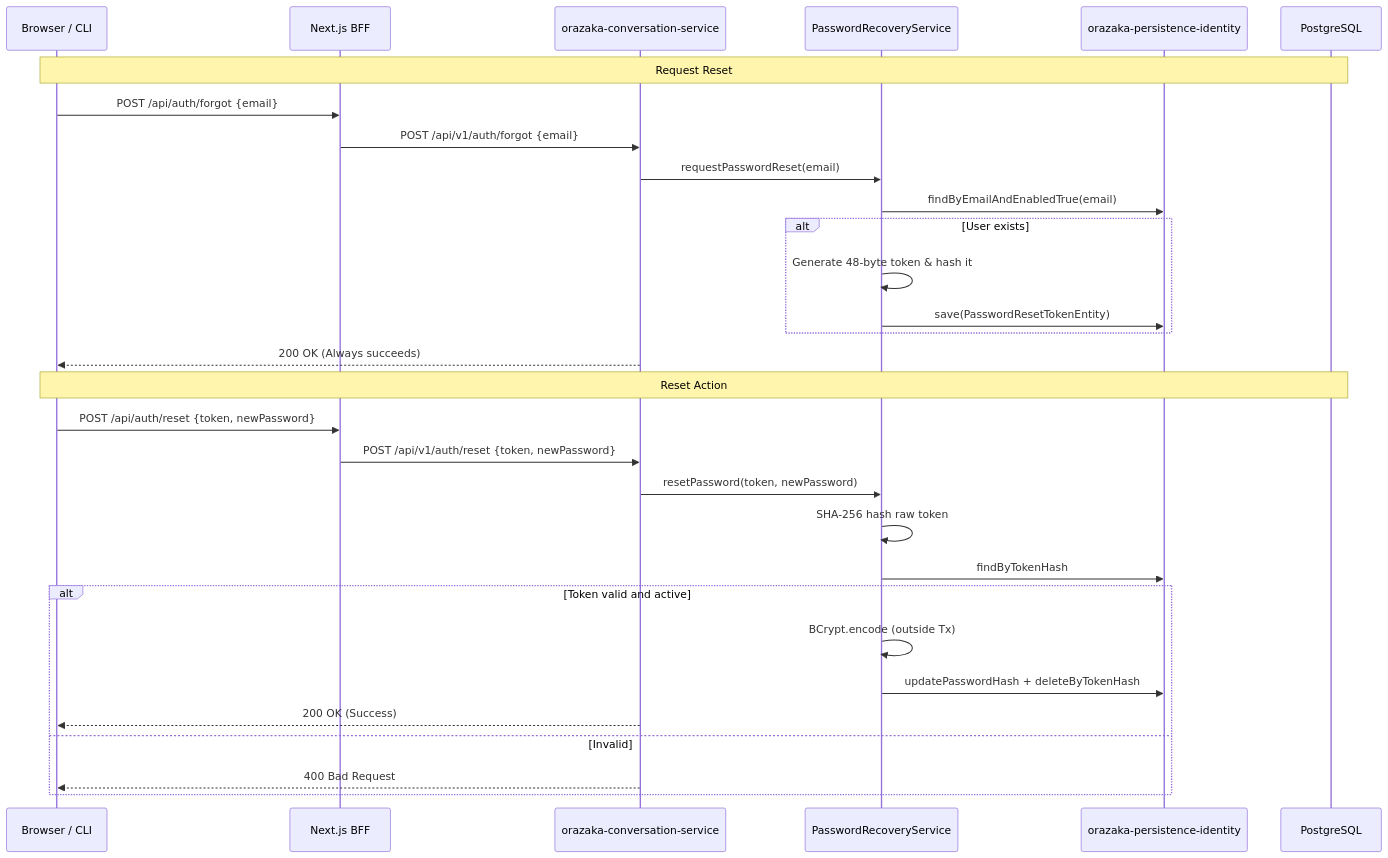
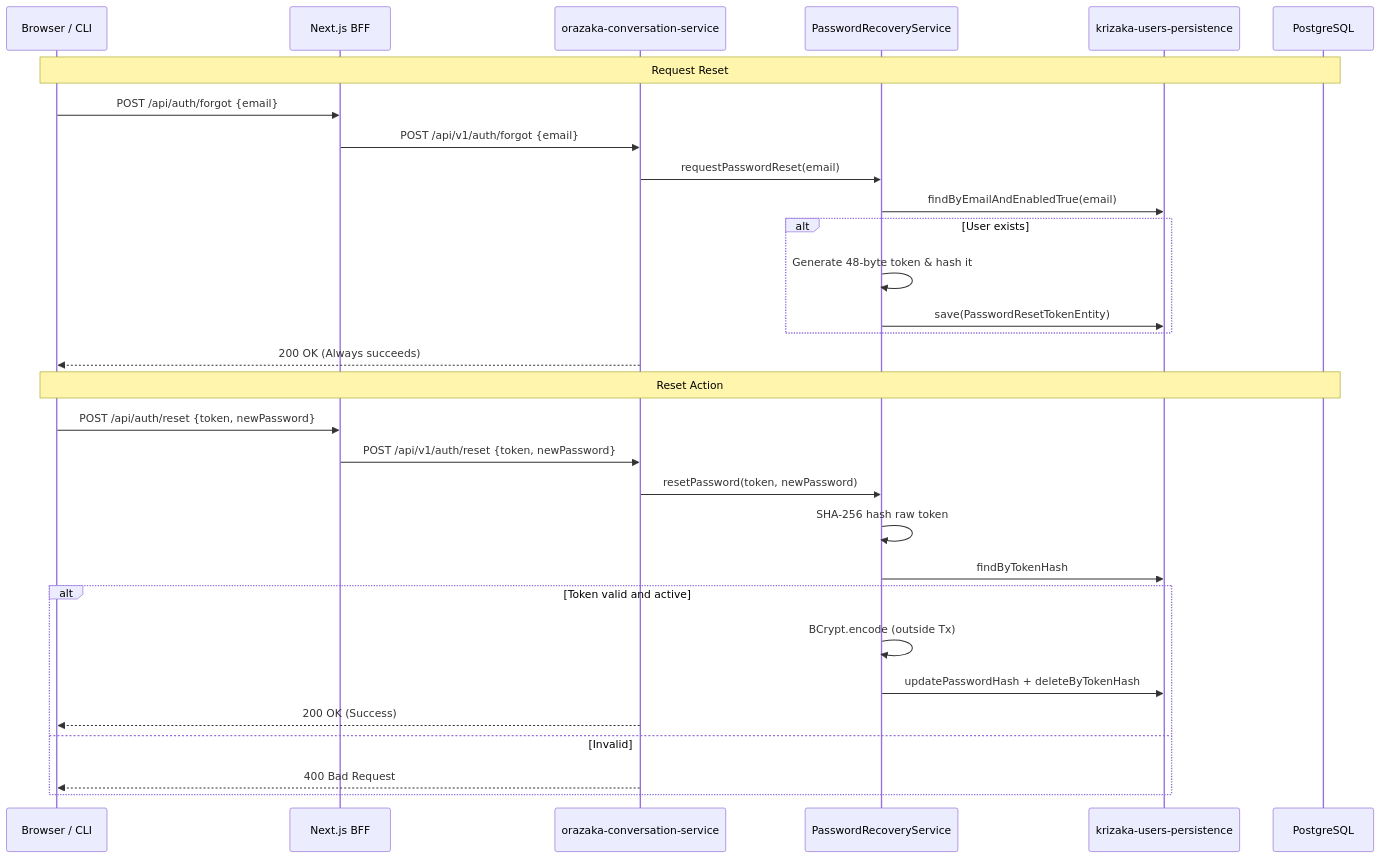
Before and after one commit to krizaka/krizaka-com: the third of 3 diagrams in orazaka-content/docs/AUTH.md, drawn with Mermaid. The commit also changed other lines of this file and 27 other files, not shown here.

````diff
--- a/orazaka-content/docs/AUTH.md
+++ b/orazaka-content/docs/AUTH.md
@@ -95,34 +95,34 @@
 ```mermaid
 sequenceDiagram
     participant Client as Browser / CLI
     participant BFF as Next.js BFF
     participant GW as orazaka-conversation-service
     participant PRS as PasswordRecoveryService
-    participant IP as orazaka-persistence-identity
+    participant IP as krizaka-users-persistence
     participant DB as PostgreSQL
 
     Note over Client,DB: Request Reset
     Client->>BFF: POST /api/auth/forgot {email}
     BFF->>GW: POST /api/v1/auth/forgot {email}
     GW->>PRS: requestPasswordReset(email)
     PRS->>IP: findByEmailAndEnabledTrue(email)
     alt User exists
         PRS->>PRS: Generate 48-byte token & hash it
         PRS->>IP: save(PasswordResetTokenEntity)
     end
     GW-->>Client: 200 OK (Always succeeds)
 
     Note over Client,DB: Reset Action
     Client->>BFF: POST /api/auth/reset {token, newPassword}
     BFF->>GW: POST /api/v1/auth/reset {token, newPassword}
     GW->>PRS: resetPassword(token, newPassword)
     PRS->>PRS: SHA-256 hash raw token
     PRS->>IP: findByTokenHash
     alt Token valid and active
         PRS->>PRS: BCrypt.encode (outside Tx)
         PRS->>IP: updatePasswordHash + deleteByTokenHash
         GW-->>Client: 200 OK (Success)
     else Invalid
         GW-->>Client: 400 Bad Request
     end
 ```
````
